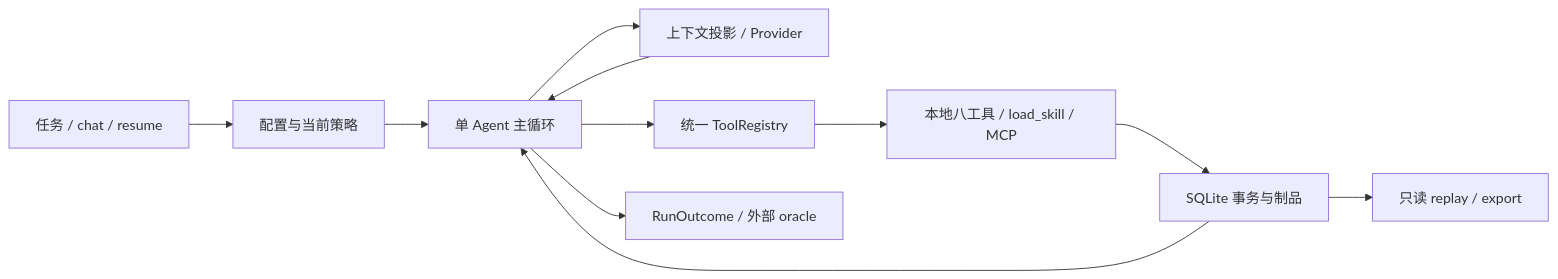
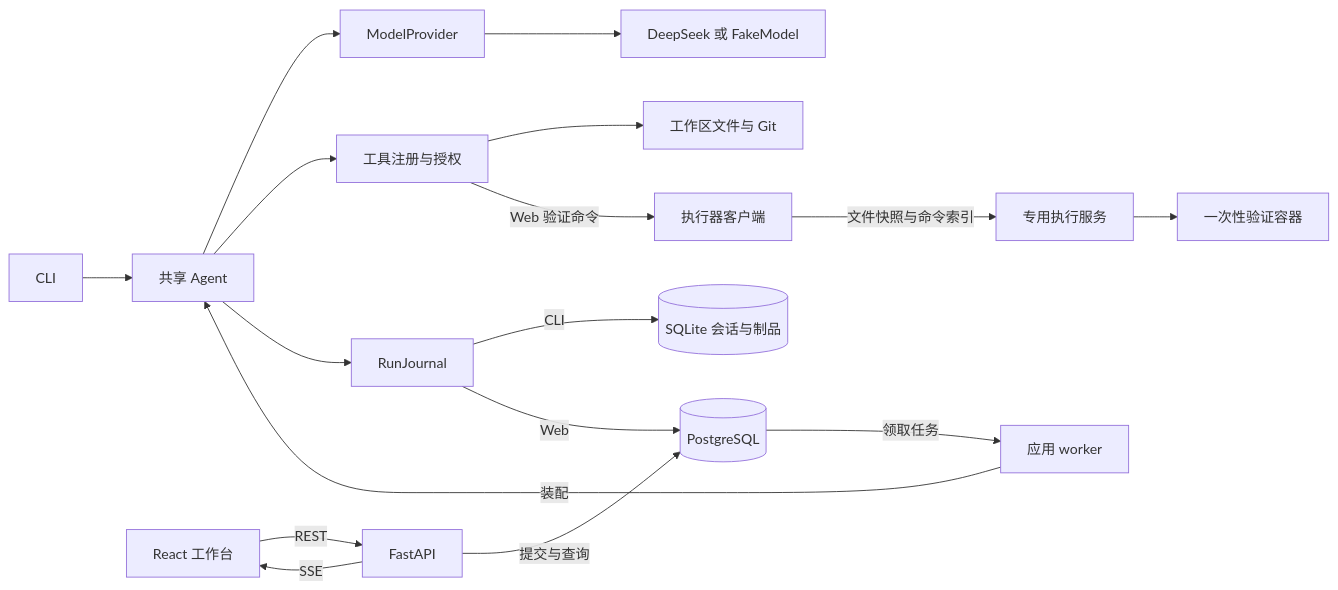
One commit to lyx0902/StellarWeaver changed the first of 2 diagrams in docs/ARCHITECTURE.md. Above: the diagram before and after it, drawn with Mermaid. The commit also changed other lines of this file and 93 other files, not shown here.

Commit message:
落地Web端StellarWeaver工作台并验证 G4、G5 和本机账号升级，加入任务级隔离、补丁审阅与复验、同线程流式追问、工具过程折叠、100K 上下文用量、团队权限与审计、账号注册登录、多工作区与会话归档及无项目对话，并整合部署、架构、数据库、验收和路线图文档。

````diff
--- a/docs/ARCHITECTURE.md
+++ b/docs/ARCHITECTURE.md
@@ -5,13 +5,19 @@
 ```mermaid
 flowchart LR
-    U[任务 / chat / resume] --> C[配置与当前策略]
-    C --> A[单 Agent 主循环]
-    A --> P[上下文投影 / Provider]
-    P --> A
-    A --> D[统一 ToolRegistry]
-    D --> L[本地八工具 / load_skill / MCP]
-    L --> S[SQLite 事务与制品]
-    S --> A
-    S --> R[只读 replay / export]
-    A --> O[RunOutcome / 外部 oracle]
+    CLI[CLI] --> Agent[共享 Agent]
+    UI[React 工作台] -->|REST| API[FastAPI]
+    API -->|提交与查询| PG[(PostgreSQL)]
+    PG -->|领取任务| Worker[应用 worker]
+    Worker -->|装配| Agent
+    Agent --> Provider[ModelProvider]
+    Provider --> Model[DeepSeek 或 FakeModel]
+    Agent --> Tools[工具注册与授权]
+    Agent --> Journal[RunJournal]
+    Journal -->|CLI| SQLite[(SQLite 会话与制品)]
+    Journal -->|Web| PG
+    API -->|SSE| UI
+    Tools --> Workspace[工作区文件与 Git]
+    Tools -->|Web 验证命令| RunnerClient[执行器客户端]
+    RunnerClient -->|文件快照与命令索引| Executor[专用执行服务]
+    Executor --> Runner[一次性验证容器]
 ```
````
